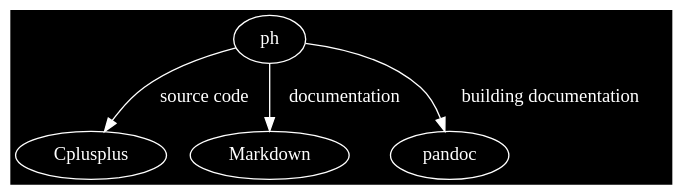
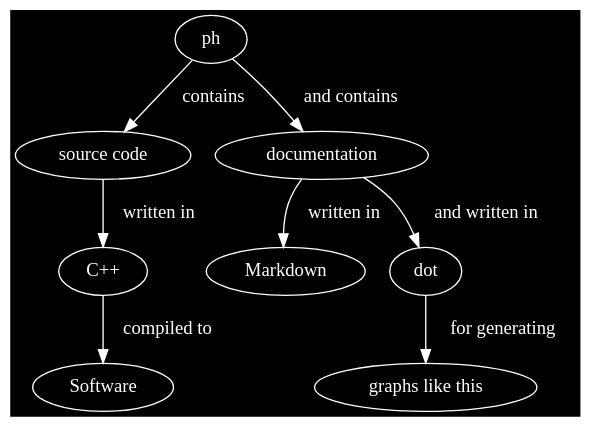
The fourth of 5 diagrams in README.md (phiwen96/ph), drawn with Graphviz before and after one commit. The commit also changed other lines of this file, not shown here.

````diff
--- a/README.md
+++ b/README.md
@@ -120,10 +120,22 @@
 ```graphviz
 digraph finite_state_machine {
 	graph [bgcolor=black]
 	node [fillcolor=black style=filled color=white fontcolor=white]
 	edge [color=white fontcolor=white]
-	ph -> Cplusplus [ label = " source code"];
-	ph -> Markdown [ label = " documentation"];
-	ph -> pandoc [ label = " building documentation"];
+
+	"ph" -> "source code" [ label = "  contains"];
+
+	"ph" -> "documentation" [ label = "  and contains"];
+	
+	"source code" -> "C++" [ label = "  written in"];
+
+	"C++" -> "Software" [ label = "  compiled to"];
+	
+	"documentation" -> "Markdown" [ label = "  written in"];
+	
+	"documentation" -> "dot" [ label = "  and written in"];
+
+	"dot" -> "graphs like this" [ label = "  for generating"];
+
 }
 ```
````
